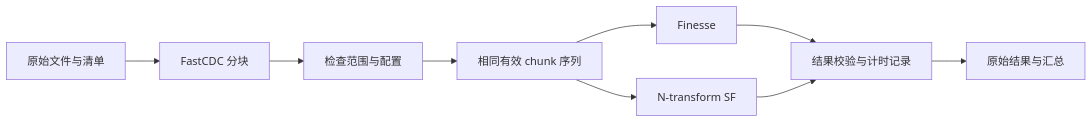
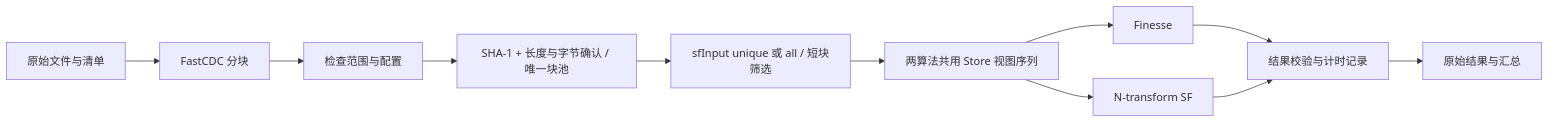
Before and after one commit to ADGaiNai6657/Finesse: the diagram in docs/03-architecture.md, drawn with Mermaid. The commit also changed other lines of this file and 80 other files, not shown here.

Commit message:
Add SHA-1 dedup store, xdelta delta pipeline, and validation docs

````diff
--- a/docs/03-architecture.md
+++ b/docs/03-architecture.md
@@ -42,11 +52,13 @@
 ```mermaid
 flowchart LR
     A[原始文件与清单] --> CDC[FastCDC 分块]
     CDC --> B[检查范围与配置]
-    B --> C[相同有效 chunk 序列]
+    B --> Store[SHA-1 + 长度与字节确认 / 唯一块池]
+    Store --> Select[sfInput unique 或 all / 短块筛选]
+    Select --> C[两算法共用 Store 视图序列]
     C --> D[Finesse]
     C --> E[N-transform SF]
     D --> F[结果校验与计时记录]
     E --> F
     F --> G[原始结果与汇总]
 ```
````
